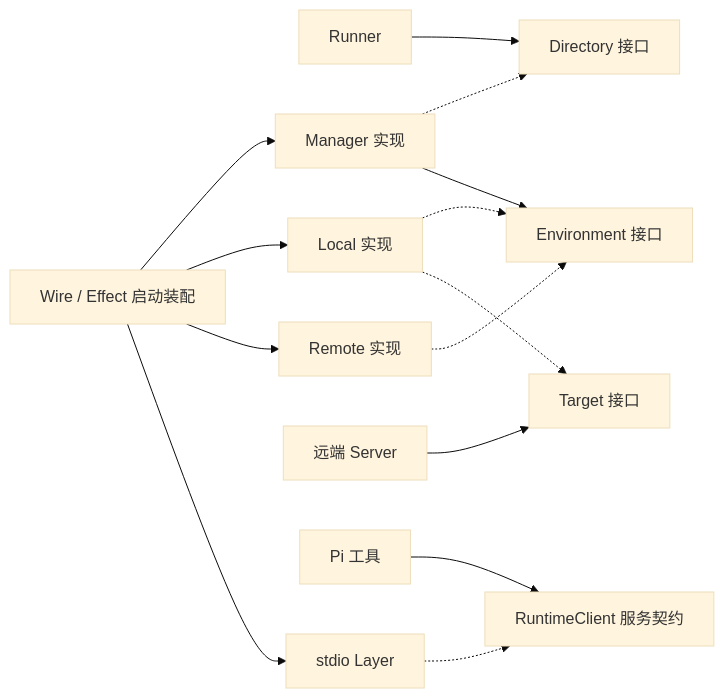
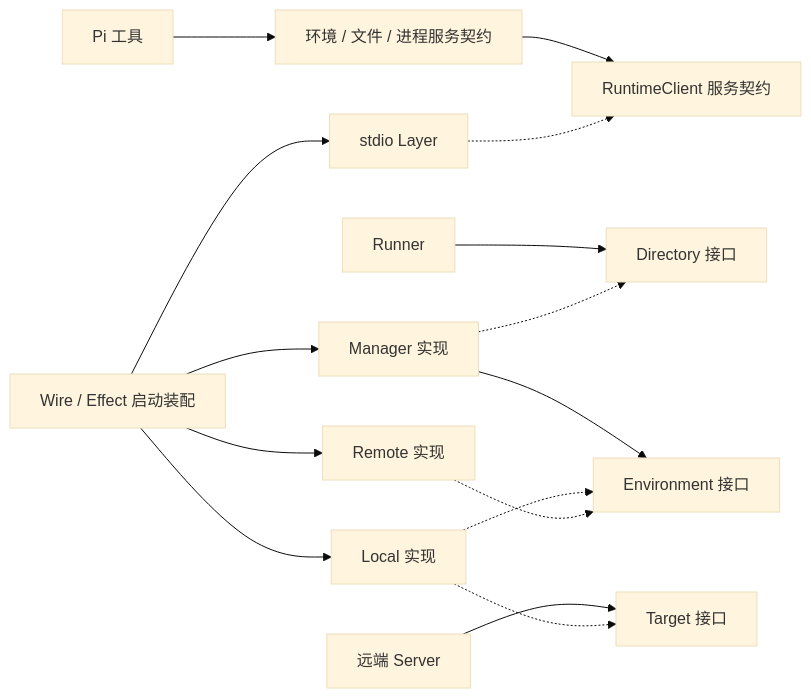
The diagram in docs/architecture/module-dependencies.md (chovy-ai/agent-kit), drawn with Mermaid (base theme) before and after one commit. The commit also changed other lines of this file and 51 other files, not shown here.

````diff
--- a/docs/architecture/module-dependencies.md
+++ b/docs/architecture/module-dependencies.md
@@ -16,16 +17,17 @@
 ```mermaid
 flowchart LR
     Runner["Runner"] --> Directory["Directory 接口"]
     Manager["Manager 实现"] -.-> Directory
     Manager --> Environment["Environment 接口"]
     Local["Local 实现"] -.-> Environment
     Remote["Remote 实现"] -.-> Environment
     Server["远端 Server"] --> Target["Target 接口"]
     Local -.-> Target
-    Pi["Pi 工具"] --> Client["RuntimeClient 服务契约"]
+    Pi["Pi 工具"] --> Services["环境 / 文件 / 进程服务契约"]
+    Services --> Client["RuntimeClient 服务契约"]
     Stdio["stdio Layer"] -.-> Client
     Boot["Wire / Effect 启动装配"] --> Manager
     Boot --> Local
     Boot --> Remote
     Boot --> Stdio
 ```
````
